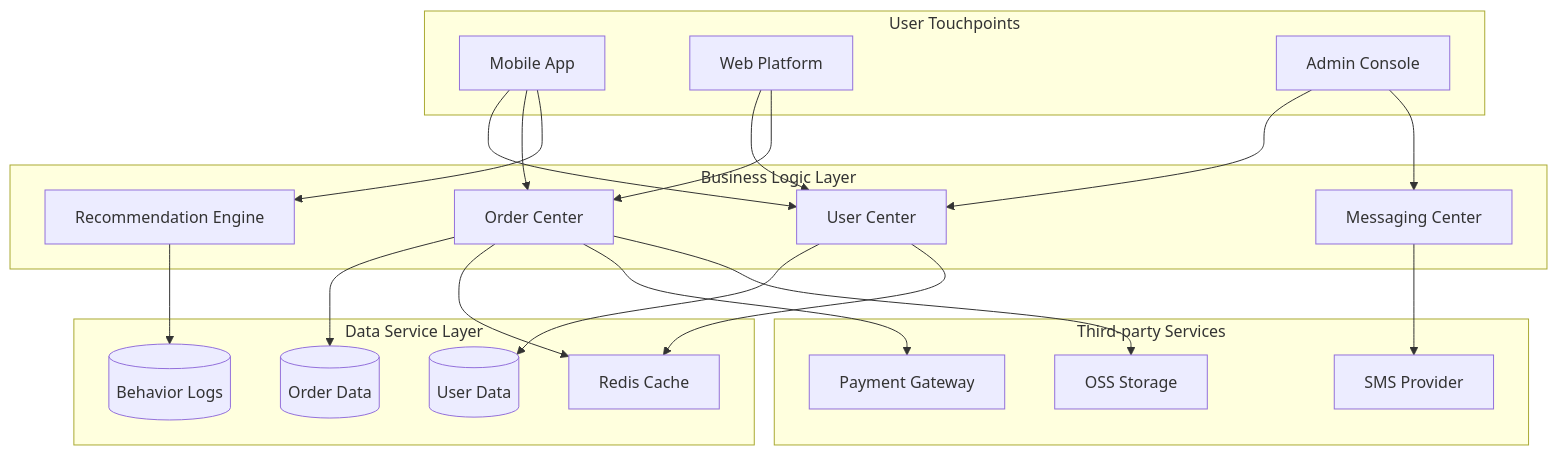
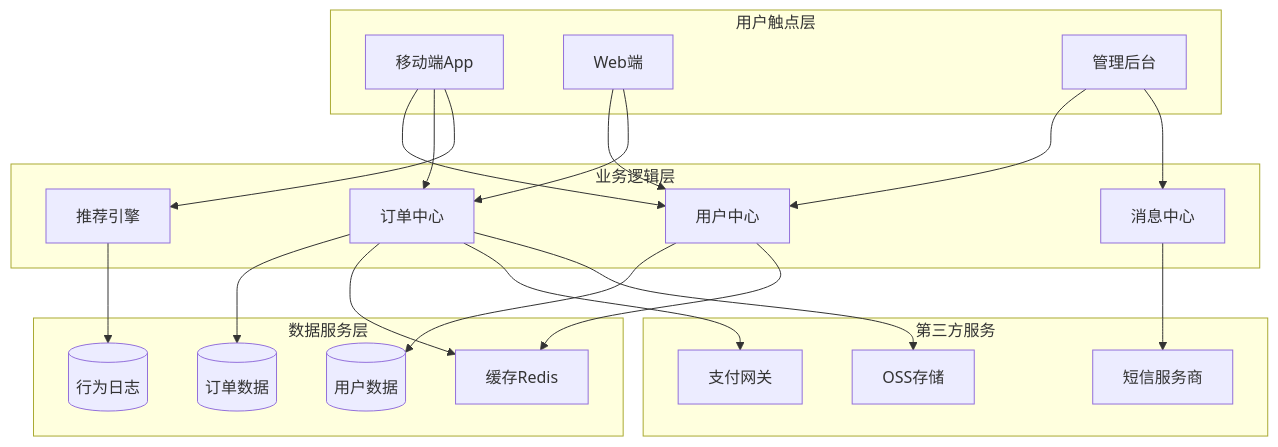
The third of 12 diagrams in templates/Product/Product/Template-PRD.md (Kirky-X/cangjie), drawn with Mermaid before and after one commit. The commit also changed other lines of this file and 33 other files, not shown here.

````diff
--- a/templates/Product/Product/Template-PRD.md
+++ b/templates/Product/Product/Template-PRD.md
@@ -151,46 +151,46 @@
 ```mermaid
 graph TB
-    subgraph User Touchpoints
-        A1[Mobile App]
-        A2[Web Platform]
-        A3[Admin Console]
+    subgraph 用户触点层
+        A1[移动端App]
+        A2[Web端]
+        A3[管理后台]
     end
 
-    subgraph Business Logic Layer
-        B1[User Center]
-        B2[Order Center]
-        B3[Recommendation Engine]
-        B4[Messaging Center]
+    subgraph 业务逻辑层
+        B1[用户中心]
+        B2[订单中心]
+        B3[推荐引擎]
+        B4[消息中心]
     end
 
-    subgraph Data Service Layer
-        C1[(User Data)]
-        C2[(Order Data)]
-        C3[(Behavior Logs)]
-        C4[Redis Cache]
+    subgraph 数据服务层
+        C1[(用户数据)]
+        C2[(订单数据)]
+        C3[(行为日志)]
+        C4[缓存Redis]
     end
 
-    subgraph Third-party Services
-        D1[Payment Gateway]
-        D2[SMS Provider]
-        D3[OSS Storage]
+    subgraph 第三方服务
+        D1[支付网关]
+        D2[短信服务商]
+        D3[OSS存储]
     end
 
     A1 --> B1
     A1 --> B2
     A1 --> B3
     A2 --> B1
     A2 --> B2
     A3 --> B1
     A3 --> B4
 
     B1 --> C1
     B1 --> C4
     B2 --> C2
     B2 --> C4
     B2 --> D1
     B3 --> C3
     B4 --> D2
 
     B2 --> D3
 ```
````
